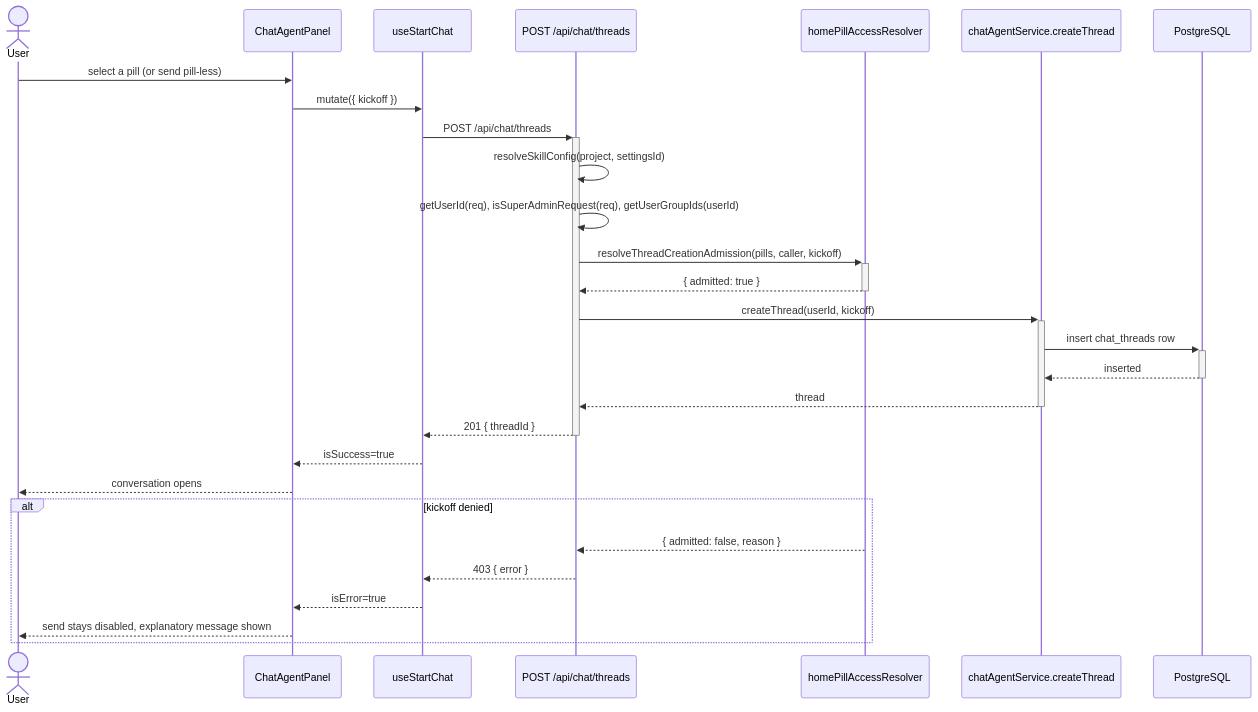
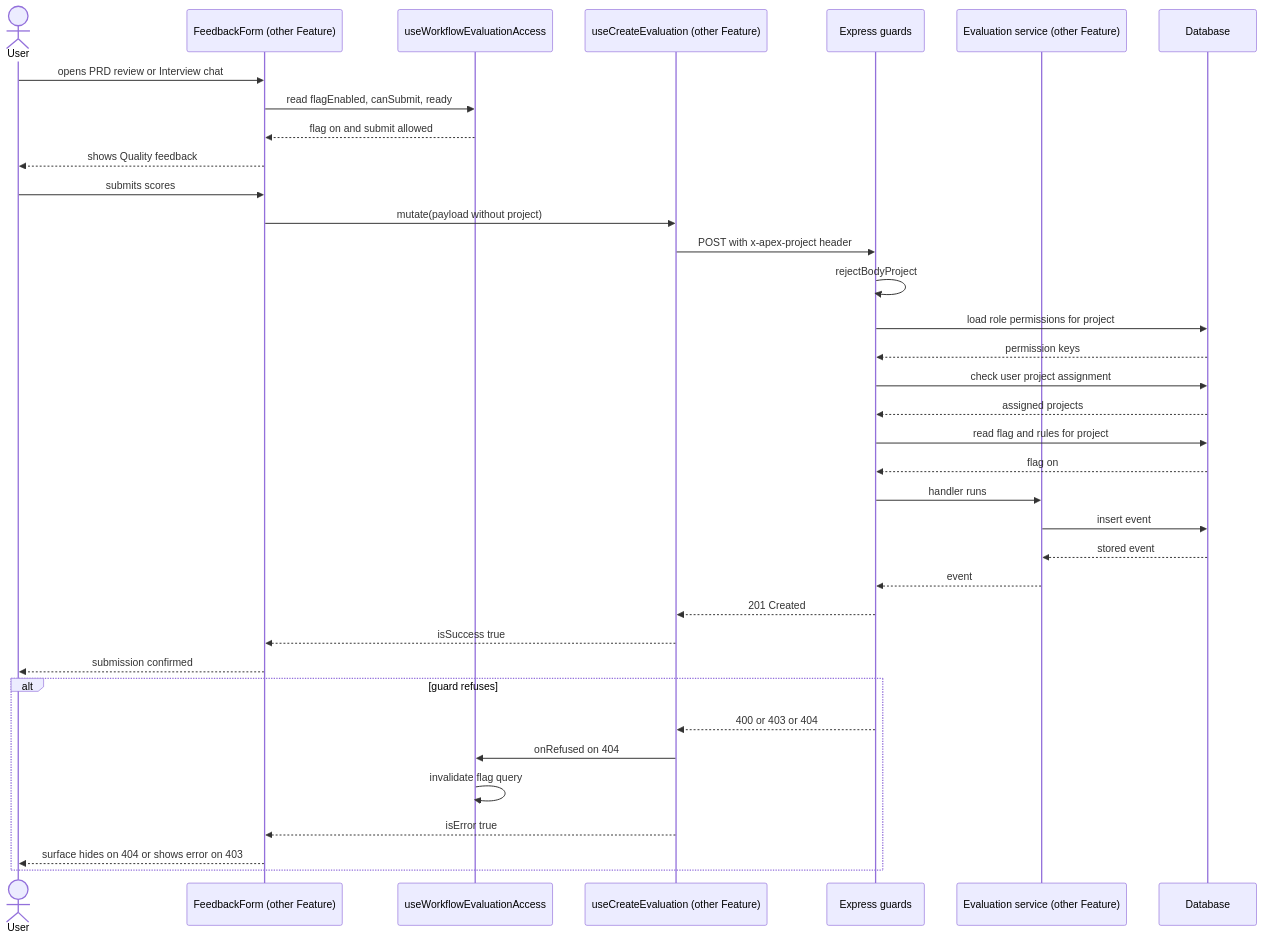
Before and after one commit to ryamiller-amergis/Apex: the first of 2 diagrams in .ai-pilot/local-dev/feat-002/design-spec/tech-spec.md, drawn with Mermaid. The commit also changed other lines of this file and 56 other files, not shown here.

````diff
--- a/.ai-pilot/local-dev/feat-002/design-spec/tech-spec.md
+++ b/.ai-pilot/local-dev/feat-002/design-spec/tech-spec.md
@@ -175,32 +203,40 @@
 ```mermaid
 sequenceDiagram
   actor User
-  participant Composer as ChatAgentPanel
-  participant Hook as useStartChat
-  participant Route as POST /api/chat/threads
-  participant Resolver as homePillAccessResolver
-  participant Chat as chatAgentService.createThread
-  participant DB as PostgreSQL
+  participant Form as FeedbackForm (other Feature)
+  participant Access as useWorkflowEvaluationAccess
+  participant useHook as useCreateEvaluation (other Feature)
+  participant Route as Express guards
+  participant Service as Evaluation service (other Feature)
+  participant Database
 
-  User->>Composer: select a pill (or send pill-less)
-  Composer->>Hook: mutate({ kickoff })
-  Hook->>+Route: POST /api/chat/threads
-  Route->>Route: resolveSkillConfig(project, settingsId)
-  Route->>Route: getUserId(req), isSuperAdminRequest(req), getUserGroupIds(userId)
-  Route->>+Resolver: resolveThreadCreationAdmission(pills, caller, kickoff)
-  Resolver-->>-Route: { admitted: true }
-  Route->>+Chat: createThread(userId, kickoff)
-  Chat->>+DB: insert chat_threads row
-  DB-->>-Chat: inserted
-  Chat-->>-Route: thread
-  Route-->>-Hook: 201 { threadId }
-  Hook-->>Composer: isSuccess=true
-  Composer-->>User: conversation opens
+  User->>Form: opens PRD review or Interview chat
+  Form->>Access: read flagEnabled, canSubmit, ready
+  Access-->>Form: flag on and submit allowed
+  Form-->>User: shows Quality feedback
+  User->>Form: submits scores
+  Form->>useHook: mutate(payload without project)
+  useHook->>Route: POST with x-apex-project header
+  Route->>Route: rejectBodyProject
+  Route->>Database: load role permissions for project
+  Database-->>Route: permission keys
+  Route->>Database: check user project assignment
+  Database-->>Route: assigned projects
+  Route->>Database: read flag and rules for project
+  Database-->>Route: flag on
+  Route->>Service: handler runs
+  Service->>Database: insert event
+  Database-->>Service: stored event
+  Service-->>Route: event
+  Route-->>useHook: 201 Created
+  useHook-->>Form: isSuccess true
+  Form-->>User: submission confirmed
 
-  alt kickoff denied
-    Resolver-->>Route: { admitted: false, reason }
-    Route-->>Hook: 403 { error }
-    Hook-->>Composer: isError=true
-    Composer-->>User: send stays disabled, explanatory message shown
+  alt guard refuses
+    Route-->>useHook: 400 or 403 or 404
+    useHook->>Access: onRefused on 404
+    Access->>Access: invalidate flag query
+    useHook-->>Form: isError true
+    Form-->>User: surface hides on 404 or shows error on 403
   end
 ```
````
